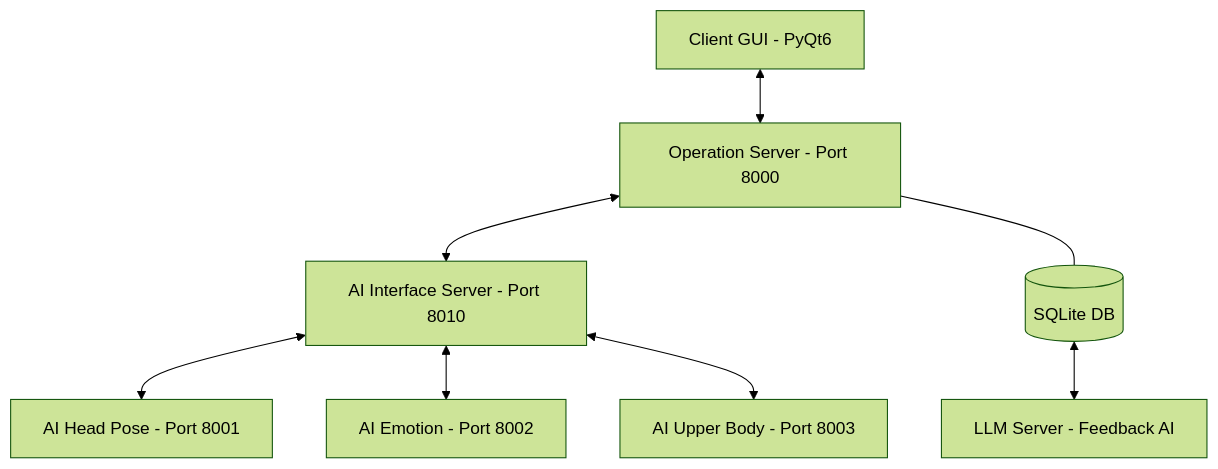
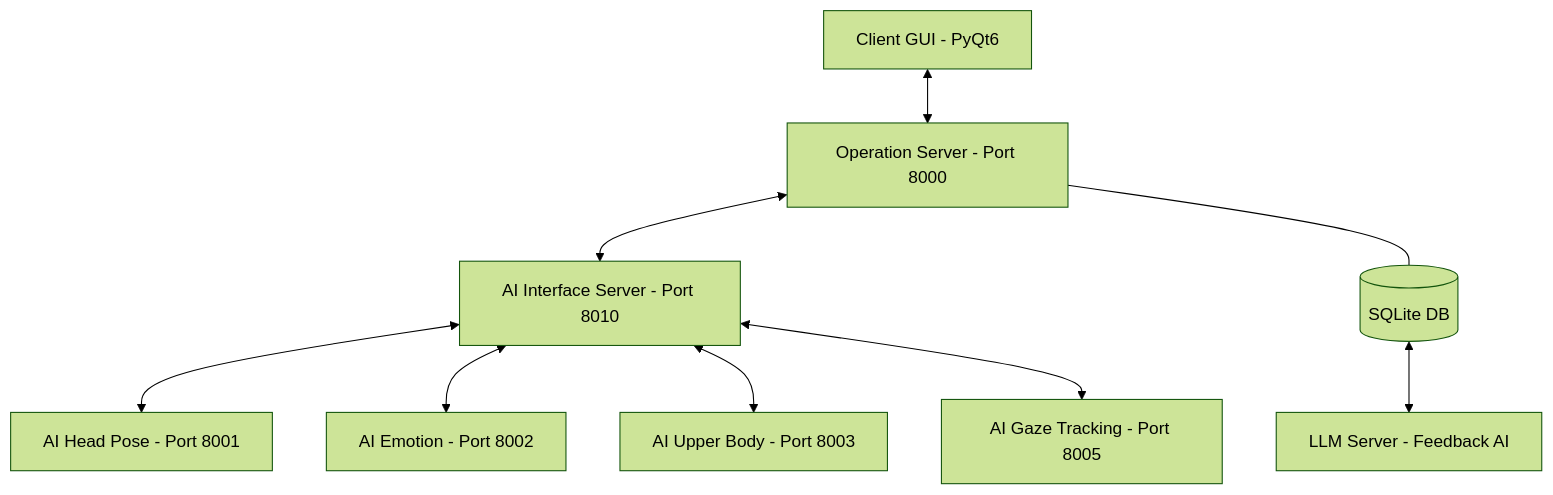
Before and after one commit to addinedu-physicalai-1st/deeplearning-repo-2: the diagram in README.md, drawn with Mermaid (forest theme). The commit also changed other lines of this file and 15 other files, not shown here.

First line of the commit message:
feat: MediaPipe Face Mesh 기반 시선 추적(Gaze Tracking) 기능 추가

````diff
--- a/README.md
+++ b/README.md
@@ -37,10 +37,11 @@
 ```mermaid
 graph TD
     Client[Client GUI - PyQt6] <--> Op[Operation Server - Port 8000]
     Op <--> AI_Int[AI Interface Server - Port 8010]
     AI_Int <--> AI_Head[AI Head Pose - Port 8001]
     AI_Int <--> AI_Emotion[AI Emotion - Port 8002]
     AI_Int <--> AI_Body[AI Upper Body - Port 8003]
+    AI_Int <--> AI_Gaze[AI Gaze Tracking - Port 8005]
     Op --- DB[(SQLite DB)]
     DB <--> LLM[LLM Server - Feedback AI]
 ```
````
